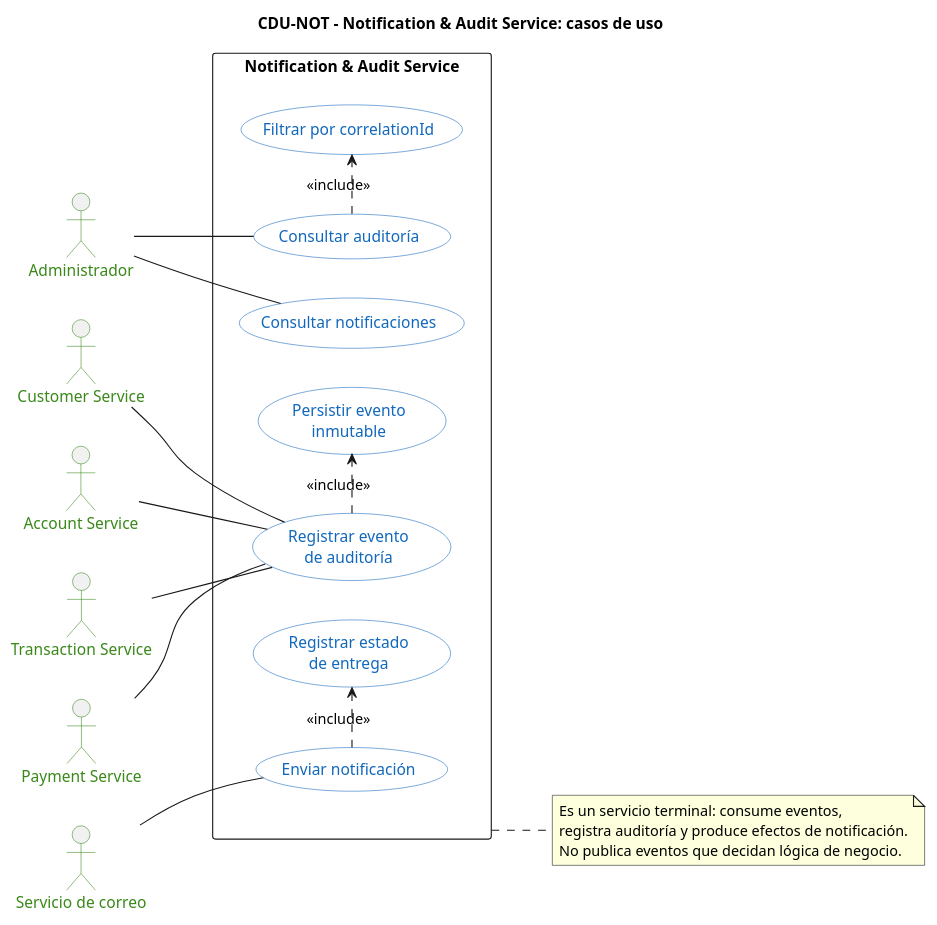
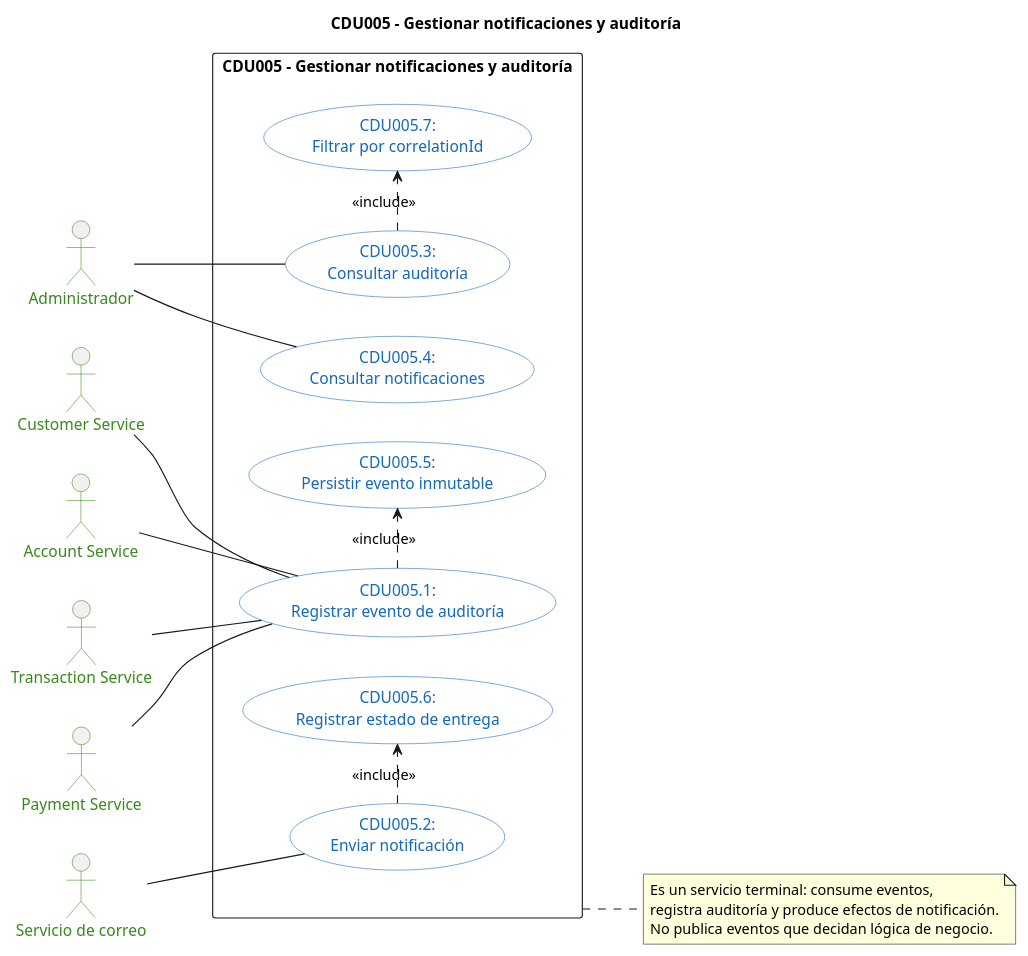
One commit to marcosbondel/Proyecto-SA-B-2 changed the diagram in docs/architecture/diagrams/cdu/notification-audit/notification-audit-casos-de-uso.puml. Above: the diagram before and after it, drawn with PlantUML. The commit also changed 62 other files, not shown here.

Commit message:
Reorganize CDU diagrams by numbered use cases

```diff
--- a/docs/architecture/diagrams/cdu/notification-audit/notification-audit-casos-de-uso.puml
+++ b/docs/architecture/diagrams/cdu/notification-audit/notification-audit-casos-de-uso.puml
@@ -1,52 +1,52 @@
 @startuml notification-audit-casos-de-uso
 left to right direction
 
-title CDU-NOT - Notification & Audit Service: casos de uso
+title CDU005 - Gestionar notificaciones y auditoría
 
 skinparam shadowing false
 skinparam packageStyle rectangle
 skinparam usecase {
     BackgroundColor #FFFFFF
     BorderColor #1168BD
     FontColor #1168BD
 }
 skinparam actor {
     BorderColor #398819
     FontColor #398819
 }
 
-actor "Administrador" as admin
-actor "Customer Service" as customer
-actor "Account Service" as account
-actor "Transaction Service" as transaction
-actor "Payment Service" as payment
-actor "Servicio de correo" as email
+actor "Administrador" as actor_notification_admin
+actor "Customer Service" as actor_notification_customer
+actor "Account Service" as actor_notification_account
+actor "Transaction Service" as actor_notification_transaction
+actor "Payment Service" as actor_notification_payment
+actor "Servicio de correo" as actor_notification_email
 
-rectangle "Notification & Audit Service" as notification {
-    usecase "Registrar evento\nde auditoría" as audit
-    usecase "Persistir evento\ninmutable" as persist
-    usecase "Enviar notificación" as notify
-    usecase "Registrar estado\nde entrega" as delivery
-    usecase "Consultar auditoría" as queryAudit
-    usecase "Consultar notificaciones" as queryNotifications
-    usecase "Filtrar por correlationId" as filterAudit
+rectangle "CDU005 - Gestionar notificaciones y auditoría" as system_notification {
+    usecase "CDU005.1:\nRegistrar evento de auditoría" as uc_notification_audit
+    usecase "CDU005.2:\nEnviar notificación" as uc_notification_notify
+    usecase "CDU005.3:\nConsultar auditoría" as uc_notification_query_audit
+    usecase "CDU005.4:\nConsultar notificaciones" as uc_notification_query_notifications
+    usecase "CDU005.5:\nPersistir evento inmutable" as uc_notification_persist
+    usecase "CDU005.6:\nRegistrar estado de entrega" as uc_notification_delivery
+    usecase "CDU005.7:\nFiltrar por correlationId" as uc_notification_filter
 }
 
-admin -- queryAudit
-admin -- queryNotifications
-customer -- audit
-account -- audit
-transaction -- audit
-payment -- audit
-email -- notify
+actor_notification_admin -- uc_notification_query_audit
+actor_notification_admin -- uc_notification_query_notifications
+actor_notification_customer -- uc_notification_audit
+actor_notification_account -- uc_notification_audit
+actor_notification_transaction -- uc_notification_audit
+actor_notification_payment -- uc_notification_audit
+actor_notification_email -- uc_notification_notify
 
-audit .> persist : <<include>>
-notify .> delivery : <<include>>
-queryAudit .> filterAudit : <<include>>
+uc_notification_audit .> uc_notification_persist : <<include>>
+uc_notification_notify .> uc_notification_delivery : <<include>>
+uc_notification_query_audit .> uc_notification_filter : <<include>>
 
-note right of notification
+note right of system_notification
     Es un servicio terminal: consume eventos,
     registra auditoría y produce efectos de notificación.
     No publica eventos que decidan lógica de negocio.
 end note
 @enduml
```
